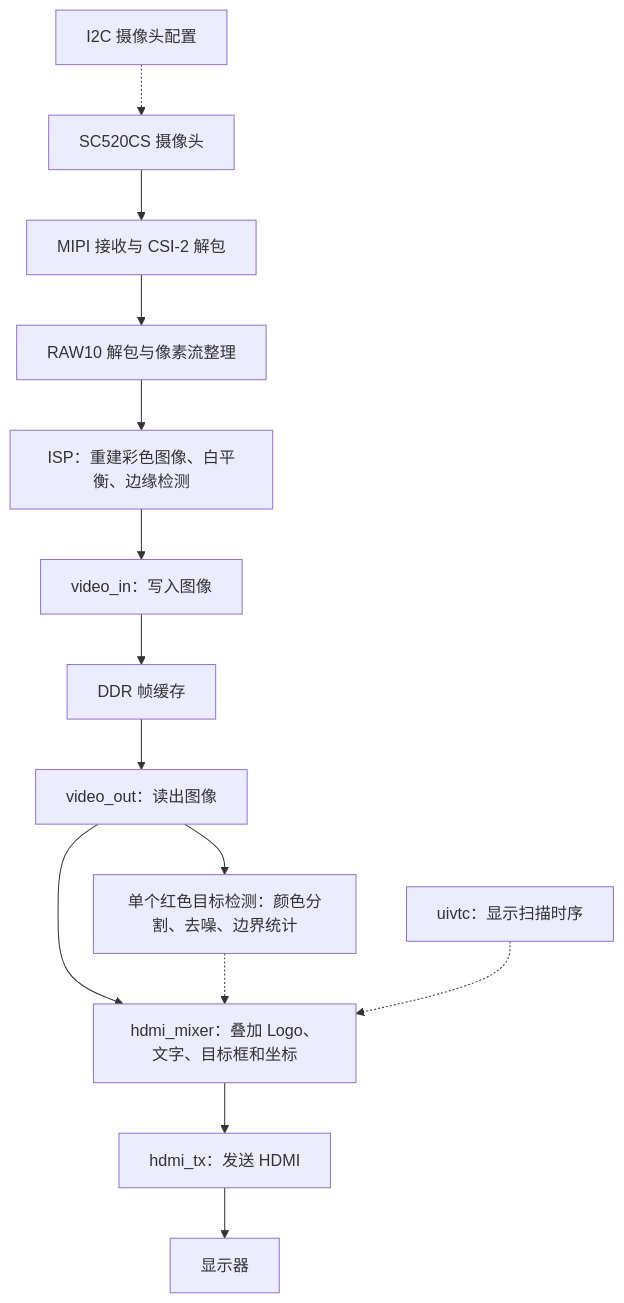
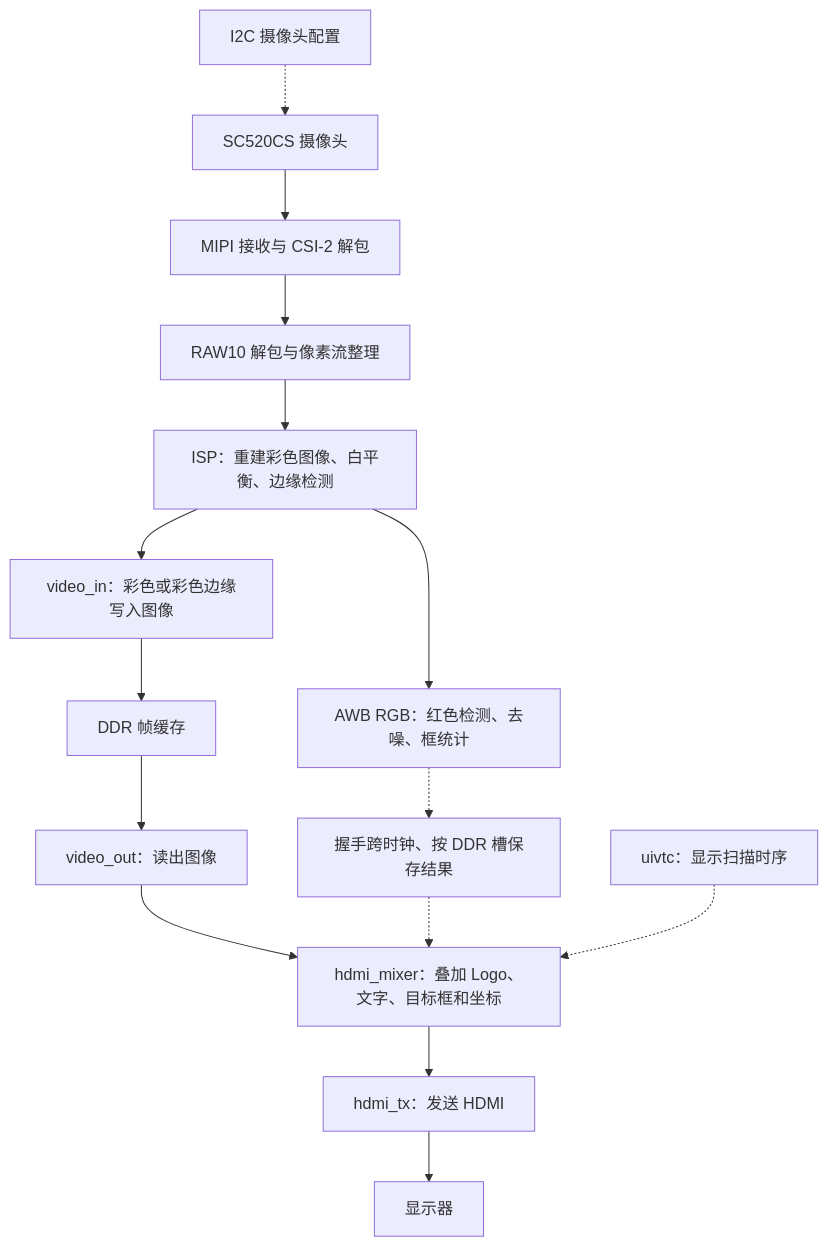
One commit to zhixiabei/FPGA-competition changed the diagram in CODE_MAP.md. Above: the diagram before and after it, drawn with Mermaid. The commit also changed other lines of this file and 19 other files, not shown here.

````diff
--- a/CODE_MAP.md
+++ b/CODE_MAP.md
@@ -31,16 +30,17 @@
 ```mermaid
 flowchart TD
     CAM[SC520CS 摄像头] --> RX[MIPI 接收与 CSI-2 解包]
     RX --> RAW[RAW10 解包与像素流整理]
     RAW --> ISP[ISP：重建彩色图像、白平衡、边缘检测]
-    ISP --> VIN[video_in：写入图像]
+    ISP --> DET[AWB RGB：红色检测、去噪、框统计]
+    ISP --> VIN[video_in：彩色或彩色边缘写入图像]
     VIN --> MEM[DDR 帧缓存]
     MEM --> VOUT[video_out：读出图像]
-    VOUT --> DET[单个红色目标检测：颜色分割、去噪、边界统计]
     VOUT --> OSD[hdmi_mixer：叠加 Logo、文字、目标框和坐标]
-    DET -.-> OSD
+    DET -.-> META[握手跨时钟、按 DDR 槽保存结果]
+    META -.-> OSD
     OSD --> TX[hdmi_tx：发送 HDMI]
     TX --> MON[显示器]
     CFG[I2C 摄像头配置] -.-> CAM
     VTC[uivtc：显示扫描时序] -.-> OSD
 ```
````
